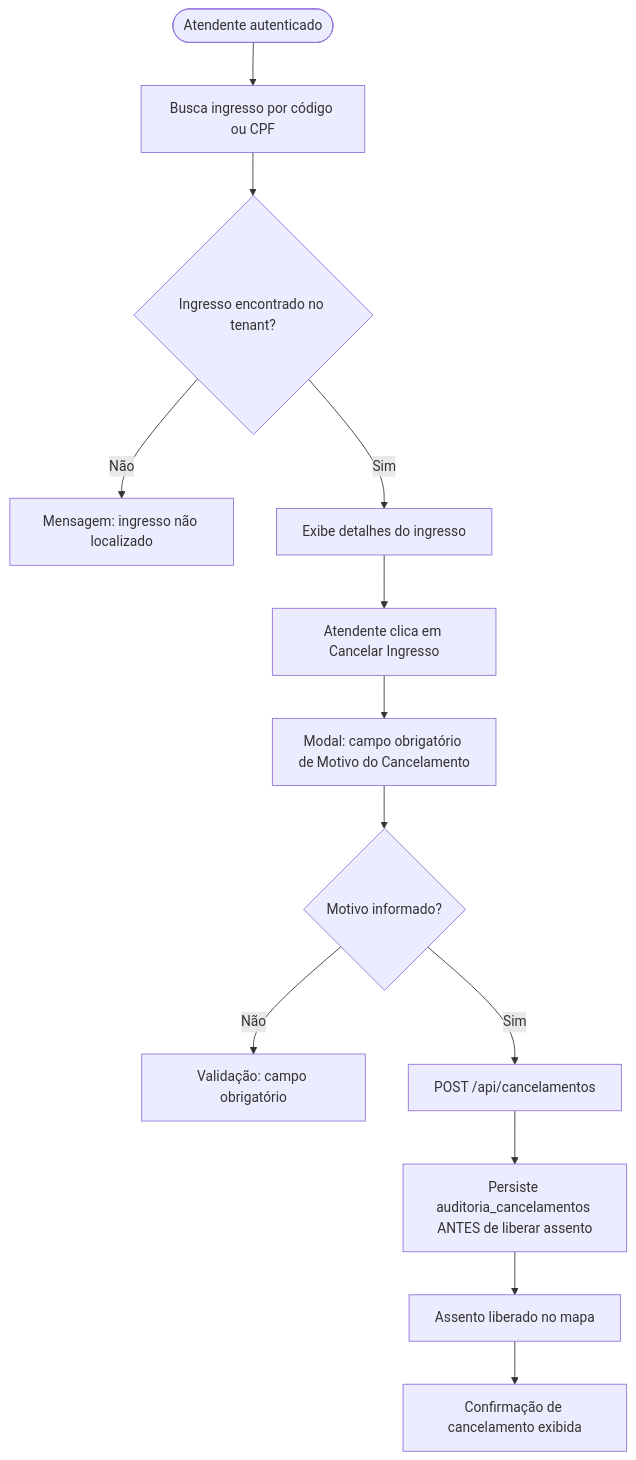
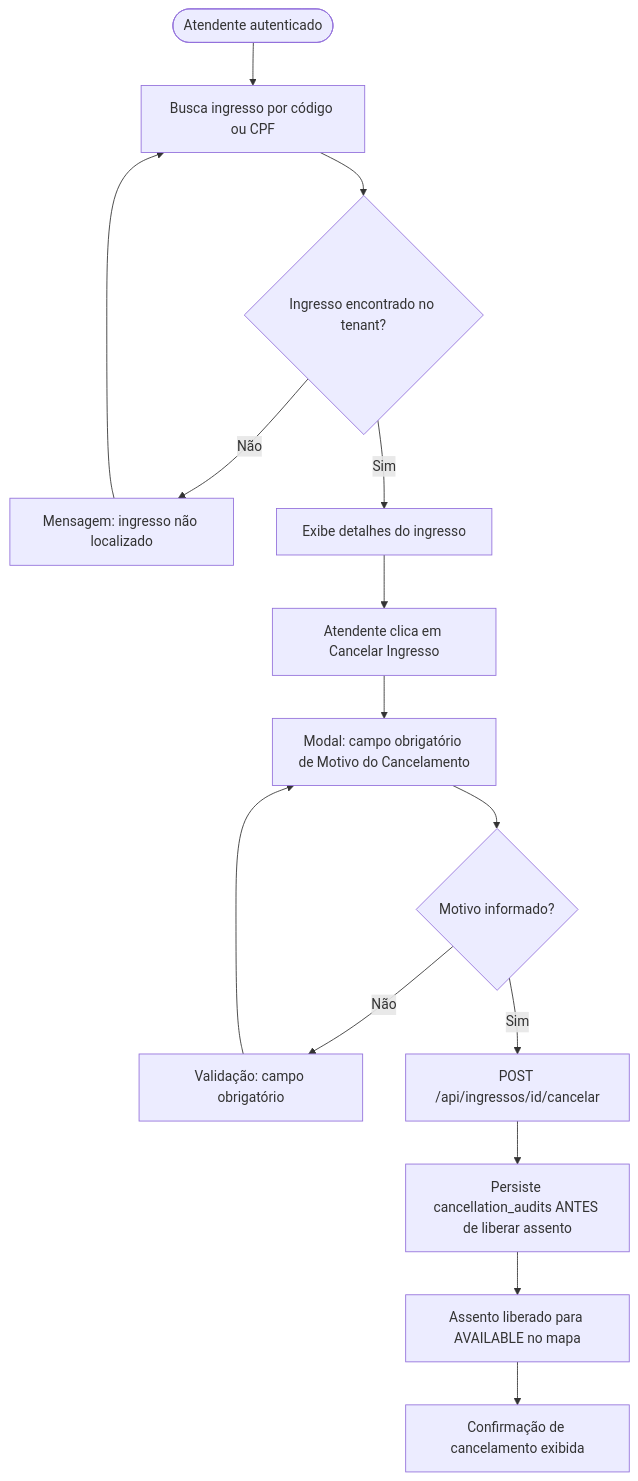
One commit to CINESOFT-SOLUTIONS/manual-processos-software changed the fourth of 11 diagrams in specs/architecture/ux-design.md. Above: the diagram before and after it, drawn with Mermaid. The commit also changed other lines of this file and 16 other files, not shown here.

````diff
--- a/specs/architecture/ux-design.md
+++ b/specs/architecture/ux-design.md
@@ -81,15 +79,17 @@
 ```mermaid
 flowchart TD
     A([Atendente autenticado]) --> B[Busca ingresso por código ou CPF]
     B --> C{Ingresso encontrado no tenant?}
     C -- Não --> D[Mensagem: ingresso não localizado]
+    D --> B
     C -- Sim --> E[Exibe detalhes do ingresso]
     E --> F[Atendente clica em Cancelar Ingresso]
     F --> G[Modal: campo obrigatório de Motivo do Cancelamento]
     G --> H{Motivo informado?}
     H -- Não --> I[Validação: campo obrigatório]
-    H -- Sim --> J[POST /api/cancelamentos]
-    J --> K[Persiste auditoria_cancelamentos ANTES de liberar assento]
-    K --> L[Assento liberado no mapa]
+    I --> G
+    H -- Sim --> J[POST /api/ingressos/id/cancelar]
+    J --> K[Persiste cancellation_audits ANTES de liberar assento]
+    K --> L[Assento liberado para AVAILABLE no mapa]
     L --> M[Confirmação de cancelamento exibida]
 ```
````
